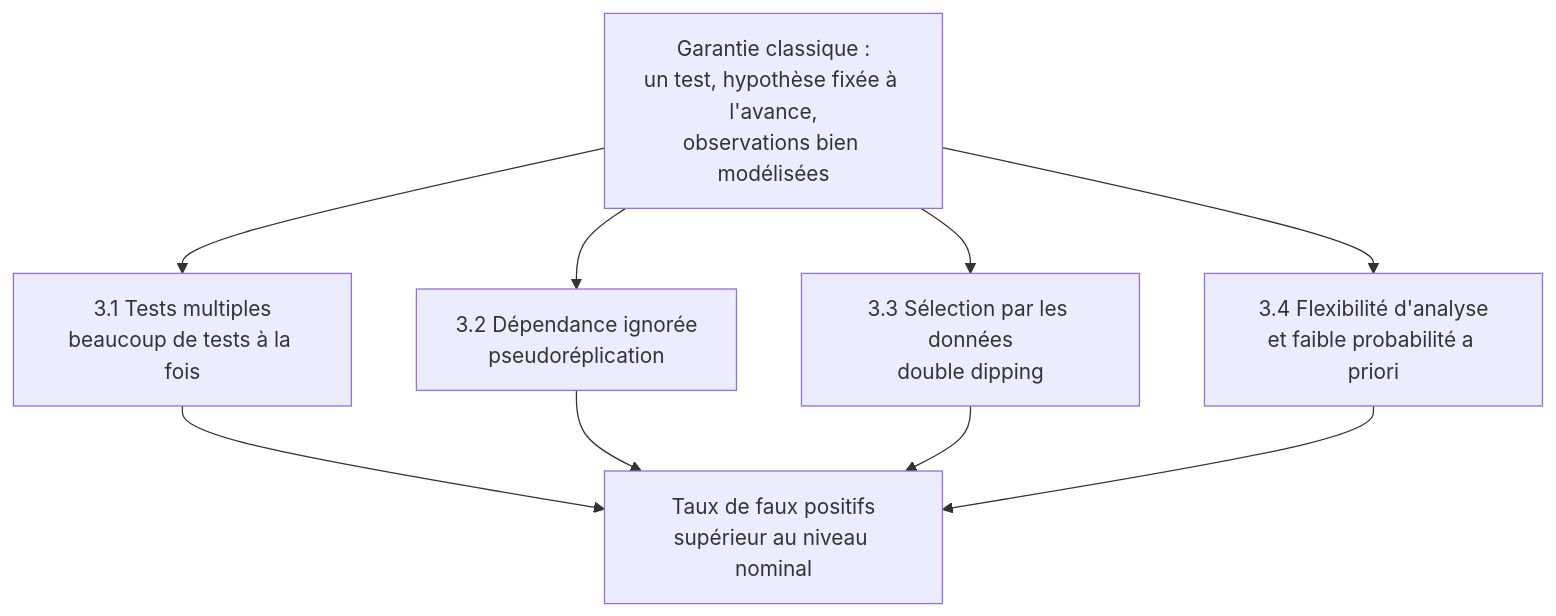
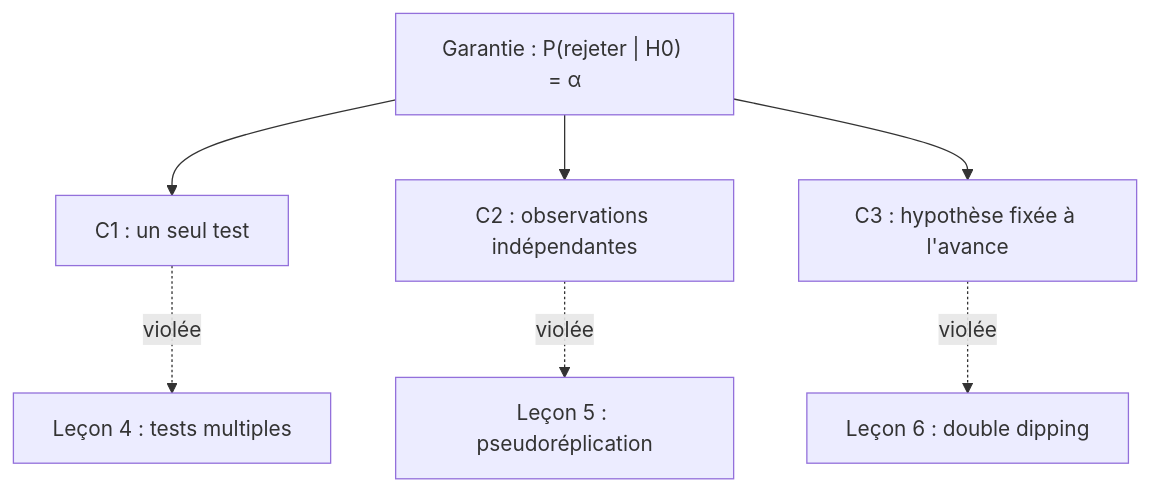
One commit to aristidinahfaifa-afk/Projet_methodo changed the third of 7 diagrams in Notes/Mini-cours/cours-erreur-type-1.md. Above: the diagram before and after it, drawn with Mermaid. The commit also changed other lines of this file and 19 other files, not shown here.

````diff
--- a/Notes/Mini-cours/cours-erreur-type-1.md
+++ b/Notes/Mini-cours/cours-erreur-type-1.md
@@ -4595,11 +6417,9 @@
 ```mermaid
 flowchart TB
-    G["Garantie classique :<br/>un test, hypothèse fixée à l'avance,<br/>observations bien modélisées"] --> M1["3.1 Tests multiples<br/>beaucoup de tests à la fois"]
-    G --> M2["3.2 Dépendance ignorée<br/>pseudoréplication"]
-    G --> M3["3.3 Sélection par les données<br/>double dipping"]
-    G --> M4["3.4 Flexibilité d'analyse<br/>et faible probabilité a priori"]
-    M1 --> X["Taux de faux positifs<br/>supérieur au niveau nominal"]
-    M2 --> X
-    M3 --> X
-    M4 --> X
+    G["Garantie : P(rejeter | H0) = α"] --> C1["C1 : un seul test"]
+    G --> C2["C2 : observations indépendantes"]
+    G --> C3["C3 : hypothèse fixée à l'avance"]
+    C1 -.->|violée| X1["Leçon 4 : tests multiples"]
+    C2 -.->|violée| X2["Leçon 5 : pseudoréplication"]
+    C3 -.->|violée| X3["Leçon 6 : double dipping"]
 ```
````
